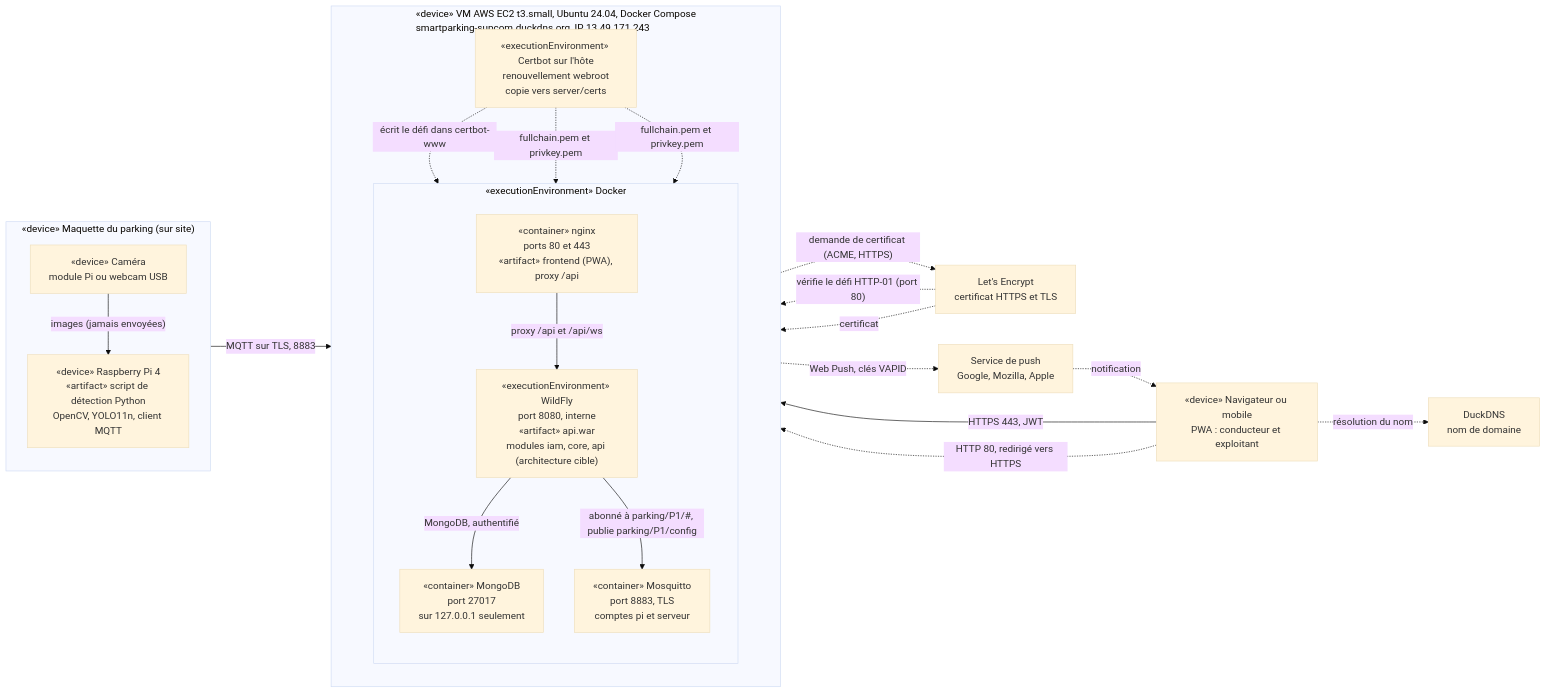
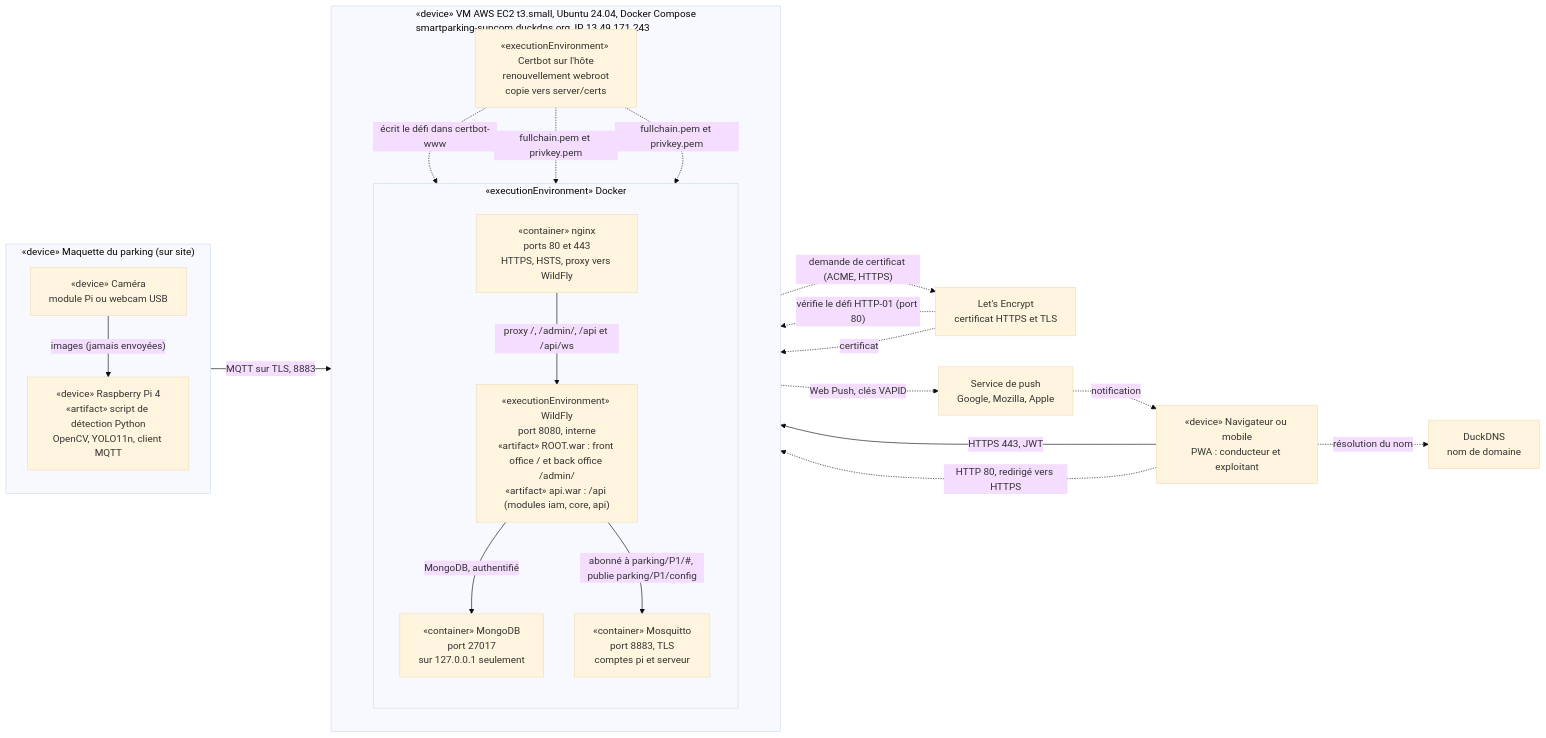
One commit to amaltrigui19/projet_smart_parking changed the diagram in docs/uml/04-deploiement.md. Above: the diagram before and after it, drawn with Mermaid (base theme). The commit also changed other lines of this file and 6 other files, not shown here.

First line of the commit message:
feat(wildfly): serve the front office and back office from WildFly (ROOT.war)

````diff
--- a/docs/uml/04-deploiement.md
+++ b/docs/uml/04-deploiement.md
@@ -5,42 +5,42 @@
 ```mermaid
 flowchart LR
     subgraph maquette ["«device» Maquette du parking (sur site)"]
         direction TB
         cam["«device» Caméra<br/>module Pi ou webcam USB"]
         pi["«device» Raspberry Pi 4<br/>«artifact» script de détection Python<br/>OpenCV, YOLO11n, client MQTT"]
         cam -->|"images (jamais envoyées)"| pi
     end
 
     subgraph vm ["«device» VM AWS EC2 t3.small, Ubuntu 24.04, Docker Compose<br/>smartparking-supcom.duckdns.org, IP 13.49.171.243"]
         direction TB
         subgraph docker ["«executionEnvironment» Docker"]
             direction TB
-            nginx["«container» nginx<br/>ports 80 et 443<br/>«artifact» frontend (PWA), proxy /api"]
-            wildfly["«executionEnvironment» WildFly<br/>port 8080, interne<br/>«artifact» api.war<br/>modules iam, core, api (architecture cible)"]
+            nginx["«container» nginx<br/>ports 80 et 443<br/>HTTPS, HSTS, proxy vers WildFly"]
+            wildfly["«executionEnvironment» WildFly<br/>port 8080, interne<br/>«artifact» ROOT.war : front office / et back office /admin/<br/>«artifact» api.war : /api (modules iam, core, api)"]
             mqtt["«container» Mosquitto<br/>port 8883, TLS<br/>comptes pi et serveur"]
             mongo["«container» MongoDB<br/>port 27017<br/>sur 127.0.0.1 seulement"]
         end
         certbot["«executionEnvironment» Certbot sur l'hôte<br/>renouvellement webroot<br/>copie vers server/certs"]
     end
 
     nav["«device» Navigateur ou mobile<br/>PWA : conducteur et exploitant"]
     le["Let's Encrypt<br/>certificat HTTPS et TLS"]
     dns["DuckDNS<br/>nom de domaine"]
     push["Service de push<br/>Google, Mozilla, Apple"]
 
     pi -->|"MQTT sur TLS, 8883"| mqtt
     nav -->|"HTTPS 443, JWT"| nginx
     nav -.->|"HTTP 80, redirigé vers HTTPS"| nginx
-    nginx -->|"proxy /api et /api/ws"| wildfly
+    nginx -->|"proxy /, /admin/, /api et /api/ws"| wildfly
     wildfly -->|"MongoDB, authentifié"| mongo
     wildfly -->|"abonné à parking/P1/#, publie parking/P1/config"| mqtt
     wildfly -.->|"Web Push, clés VAPID"| push
     push -.->|"notification"| nav
     certbot -.->|"demande de certificat (ACME, HTTPS)"| le
     le -.->|"vérifie le défi HTTP-01 (port 80)"| nginx
     certbot -.->|"écrit le défi dans certbot-www"| nginx
     le -.->|"certificat"| certbot
     certbot -.->|"fullchain.pem et privkey.pem"| nginx
     certbot -.->|"fullchain.pem et privkey.pem"| mqtt
     nav -.->|"résolution du nom"| dns
 ```
````
